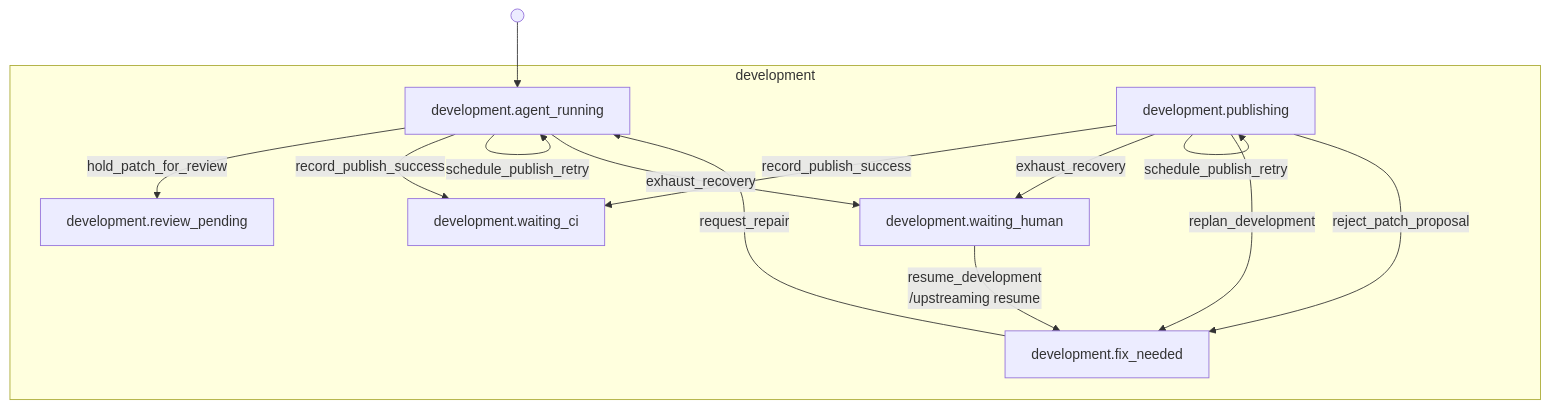
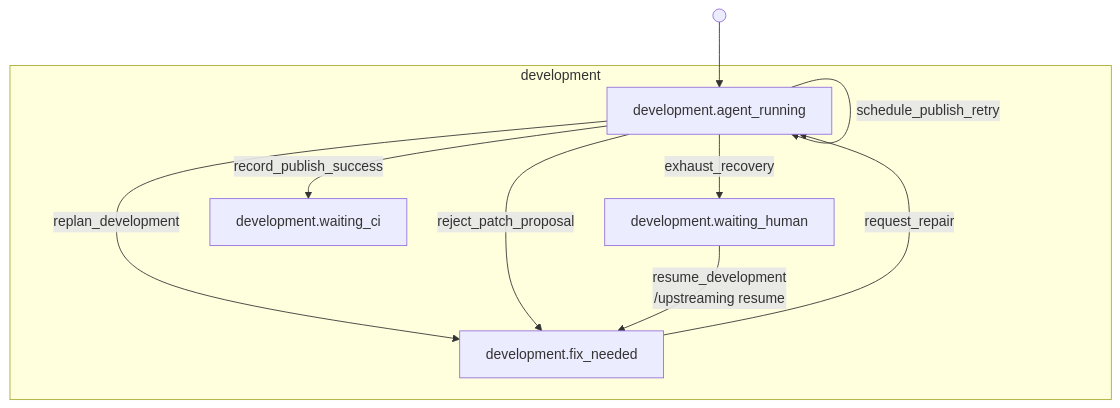
Before and after one commit to riseproject-dev/porting-agent: the eighth of 36 diagrams in docs/state-machine/index.md, drawn with Mermaid. The commit also changed other lines of this file and 109 other files, not shown here.

````diff
--- a/docs/state-machine/index.md
+++ b/docs/state-machine/index.md
@@ -342,24 +328,18 @@
 ```mermaid
 flowchart TB
     subgraph development["development"]
         development_agent_running["development.agent_running"]
-        development_publishing["development.publishing"]
         development_fix_needed["development.fix_needed"]
         development_waiting_human["development.waiting_human"]
         development_waiting_ci["development.waiting_ci"]
-        development_review_pending["development.review_pending"]
     end
 
     start_1(( )) --> development_agent_running
-    development_agent_running -->|hold_patch_for_review| development_review_pending
     development_agent_running -->|record_publish_success| development_waiting_ci
     development_agent_running -->|schedule_publish_retry| development_agent_running
     development_agent_running -->|exhaust_recovery| development_waiting_human
-    development_publishing -->|record_publish_success| development_waiting_ci
-    development_publishing -->|schedule_publish_retry| development_publishing
-    development_publishing -->|exhaust_recovery| development_waiting_human
-    development_publishing -->|replan_development| development_fix_needed
-    development_publishing -->|reject_patch_proposal| development_fix_needed
+    development_agent_running -->|replan_development| development_fix_needed
+    development_agent_running -->|reject_patch_proposal| development_fix_needed
     development_waiting_human -->|resume_development<br/>/upstreaming resume| development_fix_needed
     development_fix_needed -->|request_repair| development_agent_running
 ```
````
